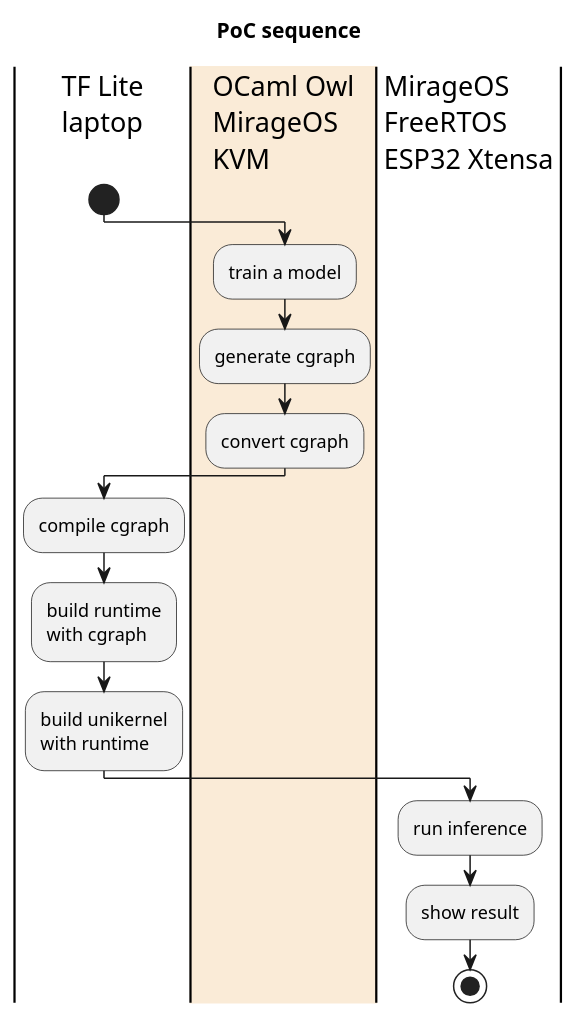
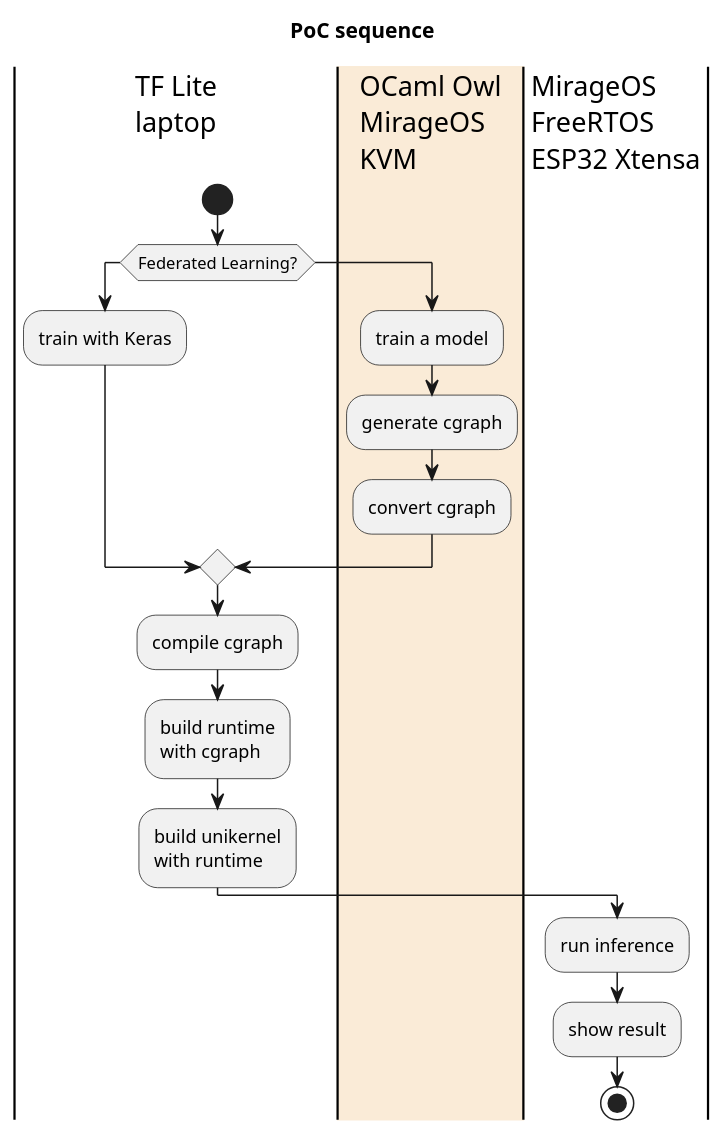
Before and after one commit to doyu/elc2019: the diagram in demo-ac.puml, drawn with PlantUML. The commit also changed 2 other files, not shown here.

```diff
--- a/demo-ac.puml
+++ b/demo-ac.puml
@@ -1,17 +1,22 @@
 @startuml
 title PoC sequence
 |TF Lite\nlaptop|
 start
+if (Federated Learning?) then
+|TF Lite\nlaptop|
+:train with Keras;
+else
 |#AntiqueWhite|OCaml Owl\nMirageOS\nKVM|
 :train a model;
 :generate cgraph;
 :convert cgraph;
+endif
 |TF Lite\nlaptop|
 :compile cgraph;
 :build runtime\nwith cgraph;
 :build unikernel\nwith runtime;
 |MirageOS\nFreeRTOS\nESP32 Xtensa|
 :run inference;
 :show result;
 stop
 @enduml
```
